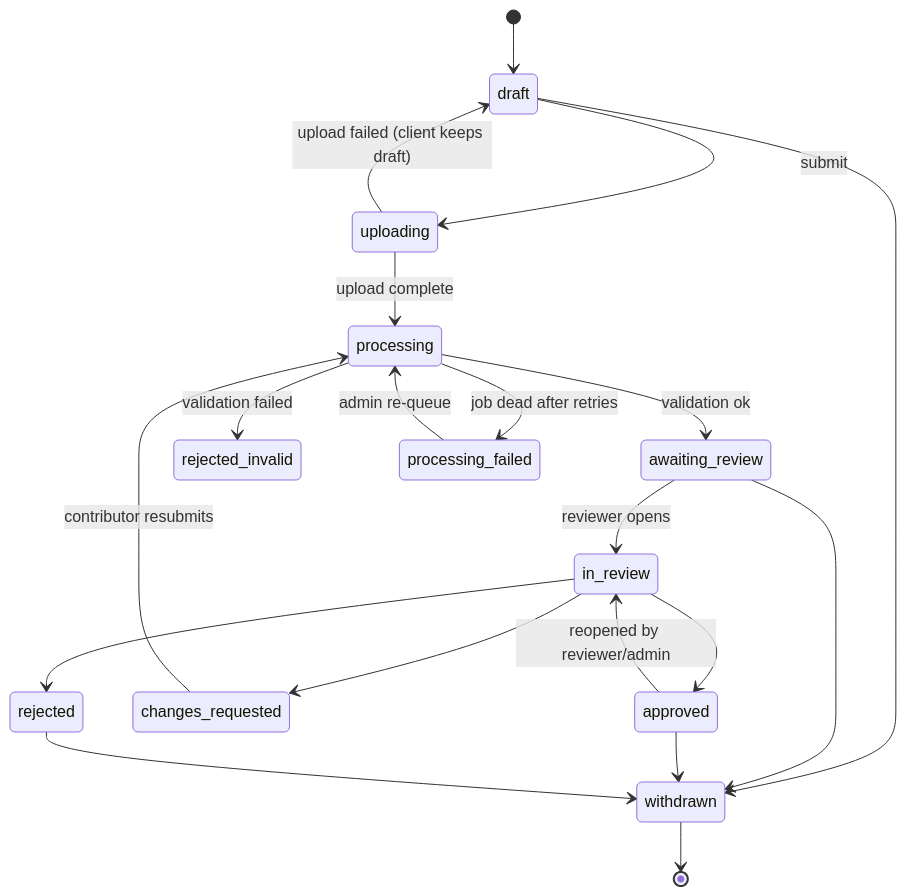
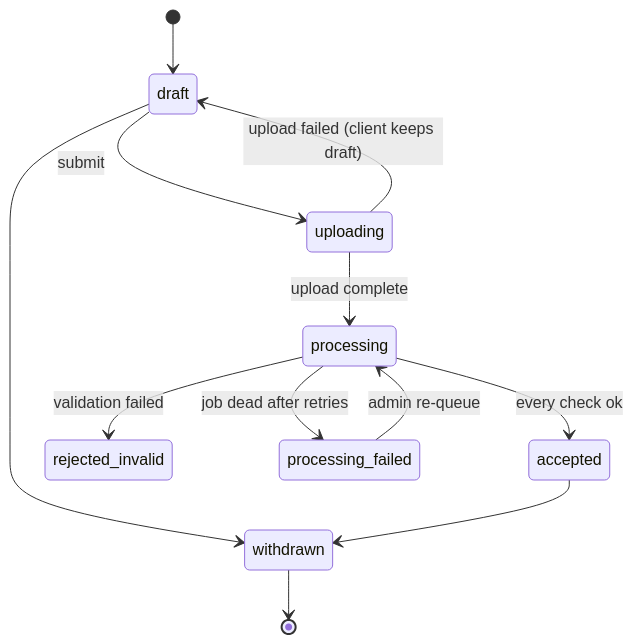
One commit to 21mohit-dotcom/lokdhara changed the third of 6 diagrams in docs/ARCHITECTURE_DIAGRAM.md. Above: the diagram before and after it, drawn with Mermaid. The commit also changed other lines of this file and 5 other files, not shown here.

````diff
--- a/docs/ARCHITECTURE_DIAGRAM.md
+++ b/docs/ARCHITECTURE_DIAGRAM.md
@@ -52,22 +52,14 @@
 ```mermaid
 stateDiagram-v2
     [*] --> draft
     draft --> uploading: submit
     uploading --> processing: upload complete
     uploading --> draft: upload failed (client keeps draft)
-    processing --> awaiting_review: validation ok
+    processing --> accepted: every check ok
     processing --> rejected_invalid: validation failed
     processing --> processing_failed: job dead after retries
     processing_failed --> processing: admin re-queue
-    awaiting_review --> in_review: reviewer opens
-    in_review --> approved
-    in_review --> changes_requested
-    in_review --> rejected
-    changes_requested --> processing: contributor resubmits
-    approved --> in_review: reopened by reviewer/admin
     draft --> withdrawn
-    awaiting_review --> withdrawn
-    approved --> withdrawn
-    rejected --> withdrawn
+    accepted --> withdrawn
     withdrawn --> [*]
 ```
````
